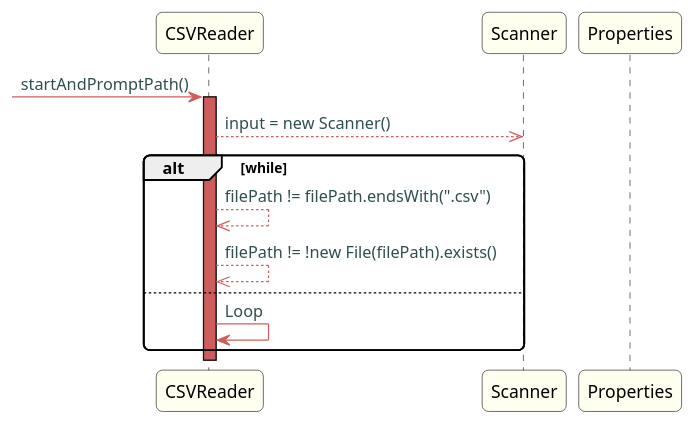
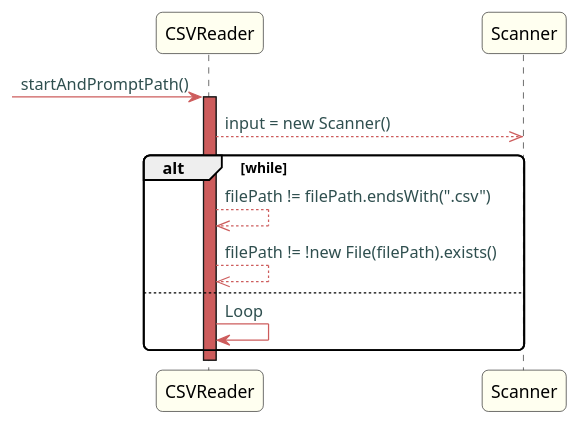
The diagram in src/doc/Controllers/HouseConfiguration/US20/US20FilePathPrompt.puml (Almadanmp/project), drawn with PlantUML before and after one commit. The commit also changed 3 other files, not shown here.

Commit message:
Ref #160 Updates UML Diagrams

```diff
--- a/src/doc/Controllers/HouseConfiguration/US20/US20FilePathPrompt.puml
+++ b/src/doc/Controllers/HouseConfiguration/US20/US20FilePathPrompt.puml
@@ -1,46 +1,46 @@
 @startuml
 
 skinparam titleBorderRoundCorner 10
 skinparam titleBorderThickness 3
 skinparam titleBorderColor indianred
 skinparam titleBackgroundColor ivory
 skinparam FontName quicksand
 
 skinparam actor {
  	BorderColor indianred
  	}
 
  skinparam sequence {
  	LifeLineBackgroundColor indianred
  	ParticipantBackgroundColor ivory
  }
 
  skinparam roundcorner 10
 
  skinparam component {
    arrowThickness 1
    ArrowFontName Verdana
    ArrowColor indianred
    ArrowFontColor darkslategrey
  }
 
 
 
 -> CSVReader: startAndPromptPath()
 activate CSVReader
 CSVReader -->> Scanner: input = new Scanner()
 
 alt while
 
 CSVReader -->> CSVReader: filePath != filePath.endsWith(".csv")
 CSVReader -->> CSVReader: filePath != !new File(filePath).exists()
-deactivate Properties
+
 
 else
 CSVReader -> CSVReader: Loop
 
 end
 
 
 
 @enduml
```
